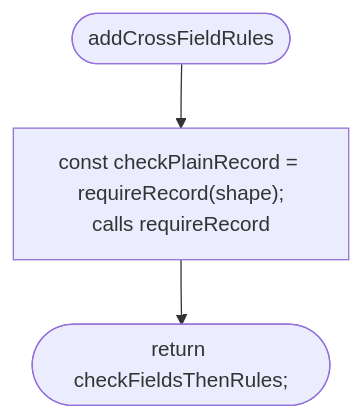
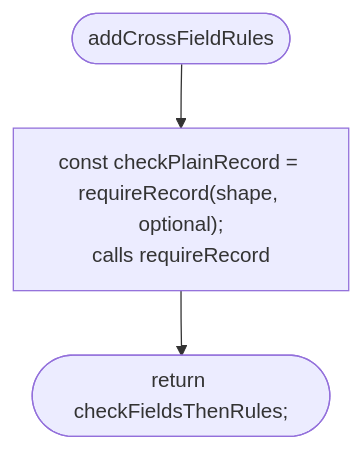
Diagram 40 of 48 in docs/flows/src/place/parse.md (NewDara-Star/world-engine), drawn with Mermaid before and after one commit. The commit also changed other lines of this file and 87 other files, not shown here.

````diff
--- a/docs/flows/src/place/parse.md
+++ b/docs/flows/src/place/parse.md
@@ -514,8 +602,8 @@
 ```mermaid
 flowchart TD
   n1(["addCrossFieldRules"])
-  n2["const checkPlainRecord = requireRecord(shape);<br/>calls requireRecord"]
+  n2["const checkPlainRecord = requireRecord(shape, optional);<br/>calls requireRecord"]
   n3(["return checkFieldsThenRules;"])
   n1 --> n2
   n2 --> n3
 ```
````
